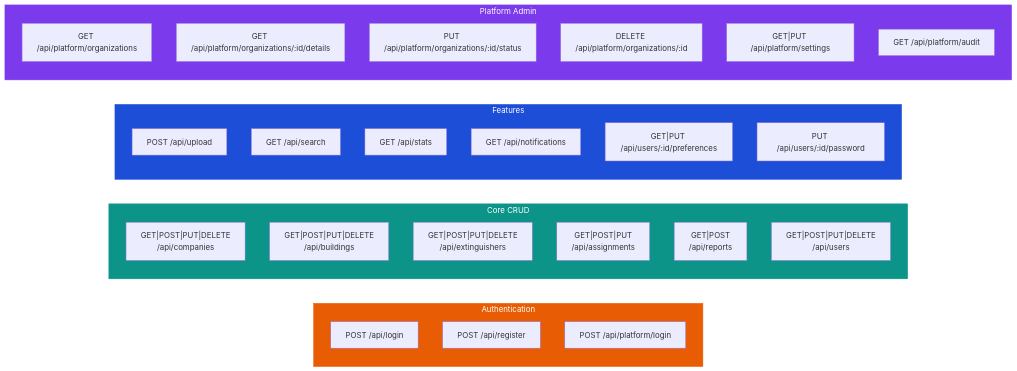
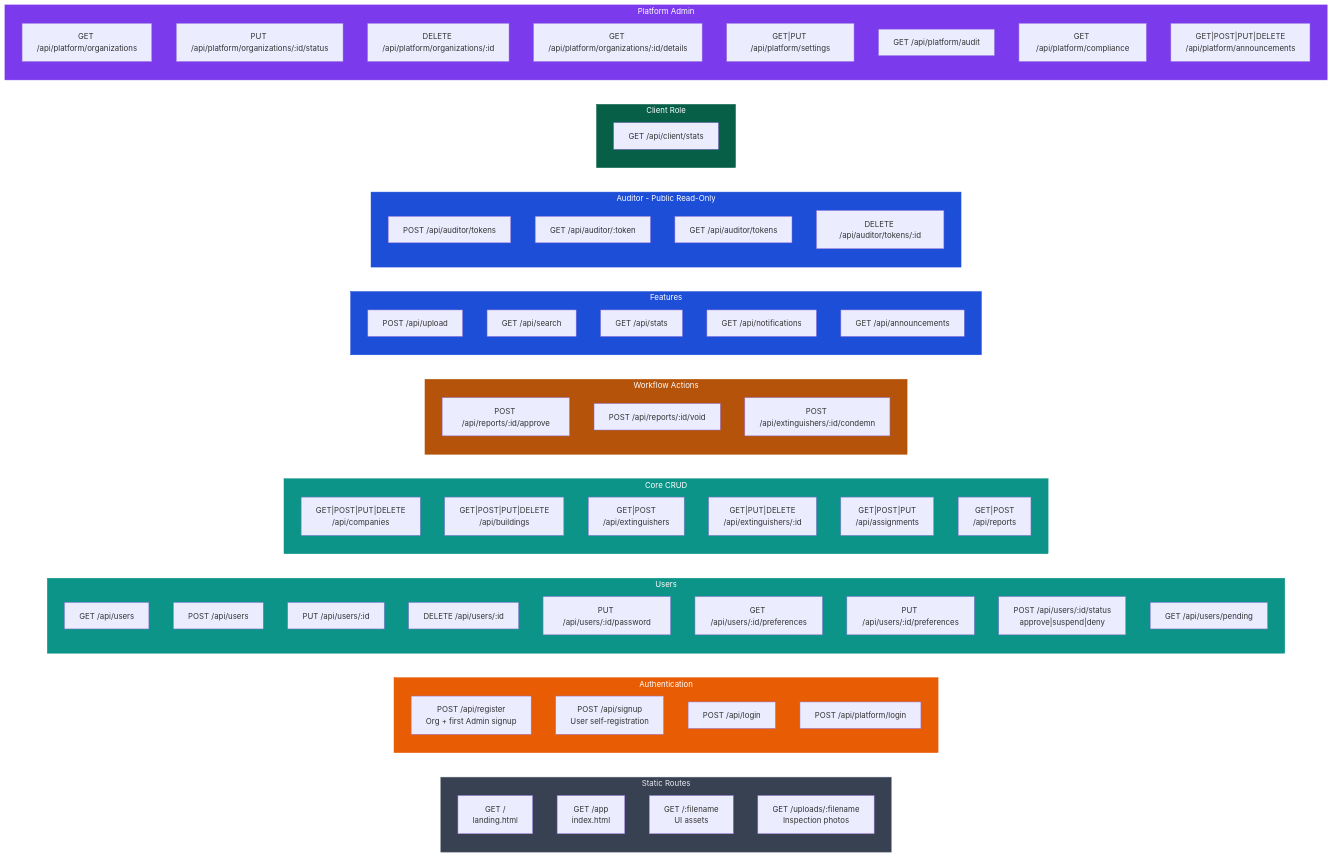
One commit to Juniusketter/Fire-Watch-App changed the fifth of 6 diagrams in docs/erd/FireWatch_UML_Diagrams.md. Above: the diagram before and after it, drawn with Mermaid. The commit also changed other lines of this file and 23 other files, not shown here.

Commit message:
Sprint 4: clean repo, landing page, logout redirect, language toggle scaffold, updated diagrams

````diff
--- a/docs/erd/FireWatch_UML_Diagrams.md
+++ b/docs/erd/FireWatch_UML_Diagrams.md
@@ -350,40 +429,83 @@
 ```mermaid
 flowchart LR
+  subgraph Static["Static Routes"]
+    GET_root["GET /\nlanding.html"]
+    GET_app["GET /app\nindex.html"]
+    GET_static["GET /:filename\nUI assets"]
+    GET_uploads["GET /uploads/:filename\nInspection photos"]
+  end
+
   subgraph Auth["Authentication"]
+    POST_register["POST /api/register\nOrg + first Admin signup"]
+    POST_signup["POST /api/signup\nUser self-registration"]
     POST_login["POST /api/login"]
-    POST_register["POST /api/register"]
-    POST_platform["POST /api/platform/login"]
+    POST_plat_login["POST /api/platform/login"]
+  end
+
+  subgraph Users["Users"]
+    GET_users["GET /api/users"]
+    POST_users["POST /api/users"]
+    PUT_user["PUT /api/users/:id"]
+    DEL_user["DELETE /api/users/:id"]
+    PUT_pw["PUT /api/users/:id/password"]
+    GET_prefs["GET /api/users/:id/preferences"]
+    PUT_prefs["PUT /api/users/:id/preferences"]
+    POST_status["POST /api/users/:id/status\napprove|suspend|deny"]
+    GET_pending["GET /api/users/pending"]
   end
 
   subgraph CRUD["Core CRUD"]
-    Companies_API["GET|POST|PUT|DELETE<br/>/api/companies"]
-    Buildings_API["GET|POST|PUT|DELETE<br/>/api/buildings"]
-    Ext_API["GET|POST|PUT|DELETE<br/>/api/extinguishers"]
-    Assign_API["GET|POST|PUT<br/>/api/assignments"]
-    Reports_API["GET|POST<br/>/api/reports"]
-    Users_API["GET|POST|PUT|DELETE<br/>/api/users"]
+    Cos["GET|POST|PUT|DELETE\n/api/companies"]
+    Bldgs["GET|POST|PUT|DELETE\n/api/buildings"]
+    Exts["GET|POST\n/api/extinguishers"]
+    ExtID["GET|PUT|DELETE\n/api/extinguishers/:id"]
+    Assigns["GET|POST|PUT\n/api/assignments"]
+    Rpts["GET|POST\n/api/reports"]
+  end
+
+  subgraph Actions["Workflow Actions"]
+    POST_approve["POST /api/reports/:id/approve"]
+    POST_void["POST /api/reports/:id/void"]
+    POST_condemn["POST /api/extinguishers/:id/condemn"]
   end
 
   subgraph Features["Features"]
-    Upload["POST /api/upload"]
-    Search["GET /api/search"]
-    Stats["GET /api/stats"]
-    Notifs["GET /api/notifications"]
-    Prefs["GET|PUT /api/users/:id/preferences"]
-    Password["PUT /api/users/:id/password"]
+    POST_upload["POST /api/upload"]
+    GET_search["GET /api/search"]
+    GET_stats["GET /api/stats"]
+    GET_notifs["GET /api/notifications"]
+    GET_ann["GET /api/announcements"]
+  end
+
+  subgraph Auditor["Auditor - Public Read-Only"]
+    POST_tok["POST /api/auditor/tokens"]
+    GET_tok["GET /api/auditor/:token"]
+    GET_toks["GET /api/auditor/tokens"]
+    DEL_tok["DELETE /api/auditor/tokens/:id"]
+  end
+
+  subgraph ClientAPI["Client Role"]
+    GET_client["GET /api/client/stats"]
   end
 
   subgraph PlatformAPI["Platform Admin"]
-    POrgs["GET /api/platform/organizations"]
-    POrgDetail["GET /api/platform/organizations/:id/details"]
-    POrgStatus["PUT /api/platform/organizations/:id/status"]
-    POrgDelete["DELETE /api/platform/organizations/:id"]
-    PSettings["GET|PUT /api/platform/settings"]
-    PAudit["GET /api/platform/audit"]
+    GET_orgs["GET /api/platform/organizations"]
+    PUT_org_status["PUT /api/platform/organizations/:id/status"]
+    DEL_org["DELETE /api/platform/organizations/:id"]
+    GET_org_detail["GET /api/platform/organizations/:id/details"]
+    GPSET["GET|PUT /api/platform/settings"]
+    GET_audit["GET /api/platform/audit"]
+    GET_comp["GET /api/platform/compliance"]
+    CRUD_ann["GET|POST|PUT|DELETE\n/api/platform/announcements"]
   end
 
+  style Static fill:#374151,stroke:#6b7280,color:#e8eaf0
   style Auth fill:#e85d04,stroke:#e85d04,color:#fff
+  style Users fill:#0d9488,stroke:#0d9488,color:#fff
   style CRUD fill:#0d9488,stroke:#0d9488,color:#fff
+  style Actions fill:#b45309,stroke:#b45309,color:#fff
   style Features fill:#1d4ed8,stroke:#1d4ed8,color:#fff
+  style Auditor fill:#1d4ed8,stroke:#1d4ed8,color:#fff
+  style ClientAPI fill:#065f46,stroke:#065f46,color:#fff
   style PlatformAPI fill:#7c3aed,stroke:#7c3aed,color:#fff
 ```
````
